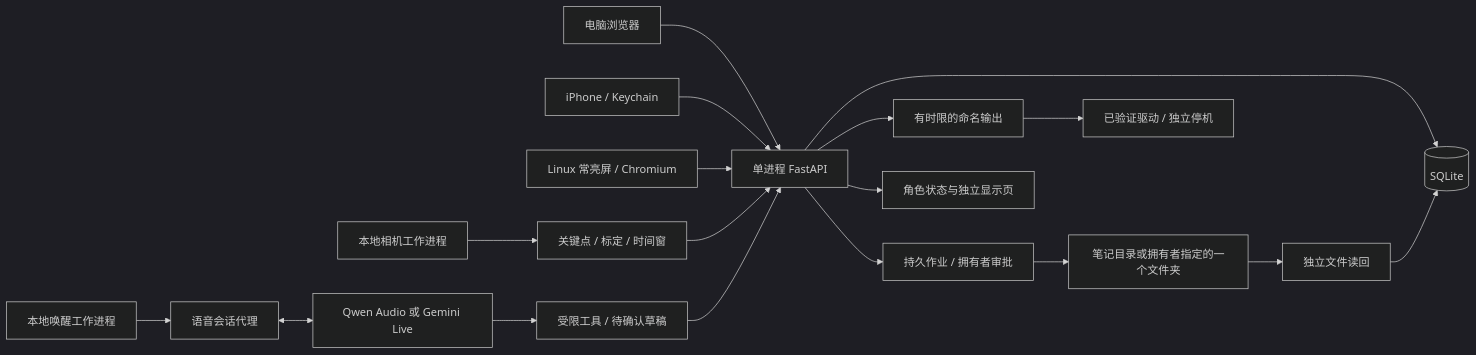
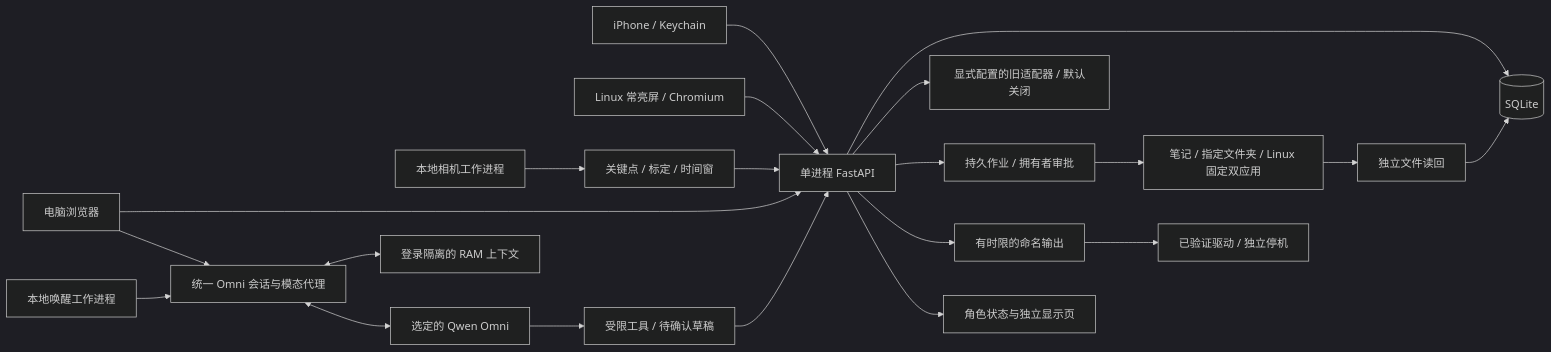
The diagram in desk-companion/docs/architecture.md (tantalum666/FYP), drawn with Mermaid (dark theme) before and after one commit. The commit also changed other lines of this file and 223 other files, not shown here.

````diff
--- a/desk-companion/docs/architecture.md
+++ b/desk-companion/docs/architecture.md
@@ -7,20 +15,23 @@
 ```mermaid
 flowchart LR
   Web[电脑浏览器] --> API[单进程 FastAPI]
   Phone[iPhone / Keychain] --> API
   Screen[Linux 常亮屏 / Chromium] --> API
   API --> DB[(SQLite)]
   Camera[本地相机工作进程] --> Pose[关键点 / 标定 / 时间窗]
   Pose --> API
-  Wake[本地唤醒工作进程] --> Voice[语音会话代理]
-  Voice <--> Provider[Qwen Audio 或 Gemini Live]
+  Wake[本地唤醒工作进程] --> Voice[统一 Omni 会话与模态代理]
+  Web --> Voice
+  Voice <--> Context[登录隔离的 RAM 上下文]
+  Voice <--> Provider[选定的 Qwen Omni]
+  API --> Legacy[显式配置的旧适配器 / 默认关闭]
   Provider --> Tools[受限工具 / 待确认草稿]
   Tools --> API
   API --> Jobs[持久作业 / 拥有者审批]
-  Jobs --> Executor[笔记目录或拥有者指定的一个文件夹]
+  Jobs --> Executor[笔记 / 指定文件夹 / Linux 固定双应用]
   Executor --> Verify[独立文件读回]
   Verify --> DB
   API --> Queue[有时限的命名输出]
   Queue --> Driver[已验证驱动 / 独立停机]
   API --> Avatar[角色状态与独立显示页]
 ```
````
